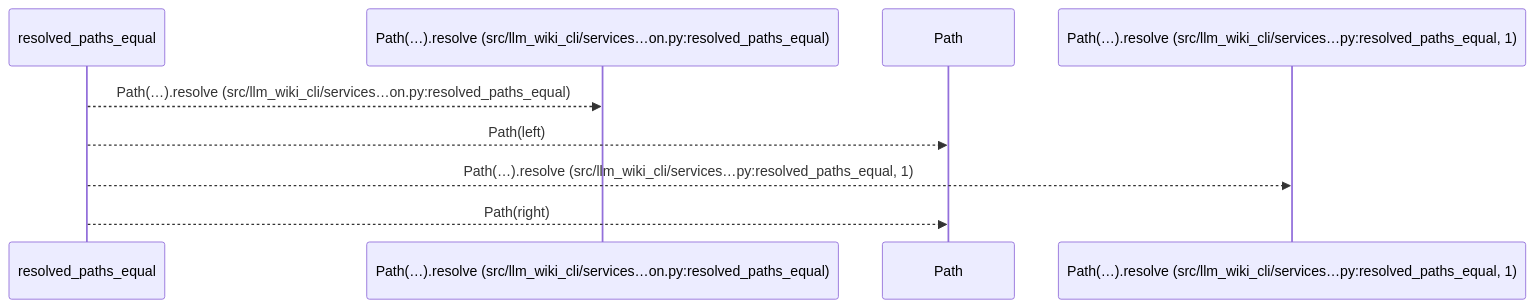
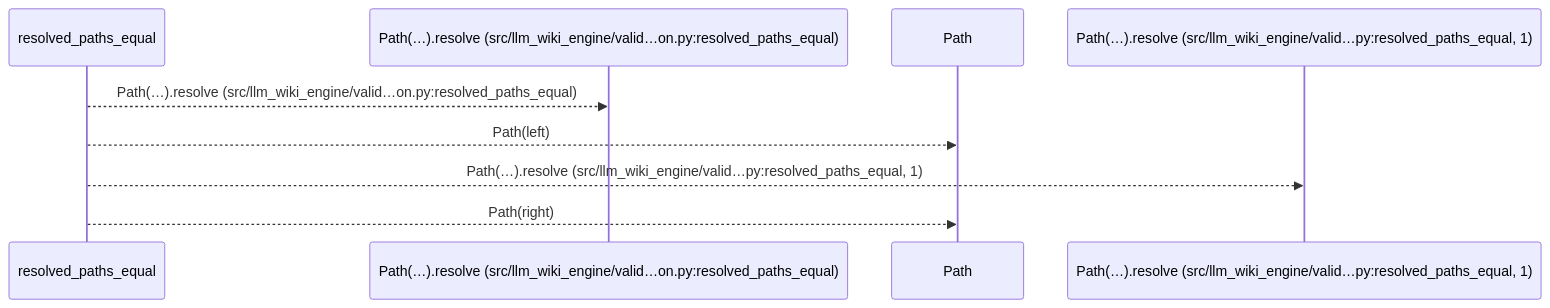
Before and after one commit to Denissvgn/python-wiki-llm: the first of 2 diagrams in docs/llm_wiki/flows/api-resolved_paths_equal.md, drawn with Mermaid. The commit also changed other lines of this file and 1103 other files, not shown here.

First line of the commit message:
docs: refresh the wiki for the llm-wiki-engine distribution

````diff
--- a/docs/llm_wiki/flows/api-resolved_paths_equal.md
+++ b/docs/llm_wiki/flows/api-resolved_paths_equal.md
@@ -12,11 +12,11 @@
 ```mermaid
 sequenceDiagram
     participant p0 as resolved_paths_equal
-    participant p1 as Path(…).resolve (src/llm_wiki_cli/services…on.py:resolved_paths_equal)
+    participant p1 as Path(…).resolve (src/llm_wiki_engine/valid…on.py:resolved_paths_equal)
     participant p2 as Path
-    participant p3 as Path(…).resolve (src/llm_wiki_cli/services…py:resolved_paths_equal, 1)
-    p0-->>p1: Path(…).resolve (src/llm_wiki_cli/services…on.py:resolved_paths_equal)
+    participant p3 as Path(…).resolve (src/llm_wiki_engine/valid…py:resolved_paths_equal, 1)
+    p0-->>p1: Path(…).resolve (src/llm_wiki_engine/valid…on.py:resolved_paths_equal)
     p0-->>p2: Path(left)
-    p0-->>p3: Path(…).resolve (src/llm_wiki_cli/services…py:resolved_paths_equal, 1)
+    p0-->>p3: Path(…).resolve (src/llm_wiki_engine/valid…py:resolved_paths_equal, 1)
     p0-->>p2: Path(right)
 ```
````
